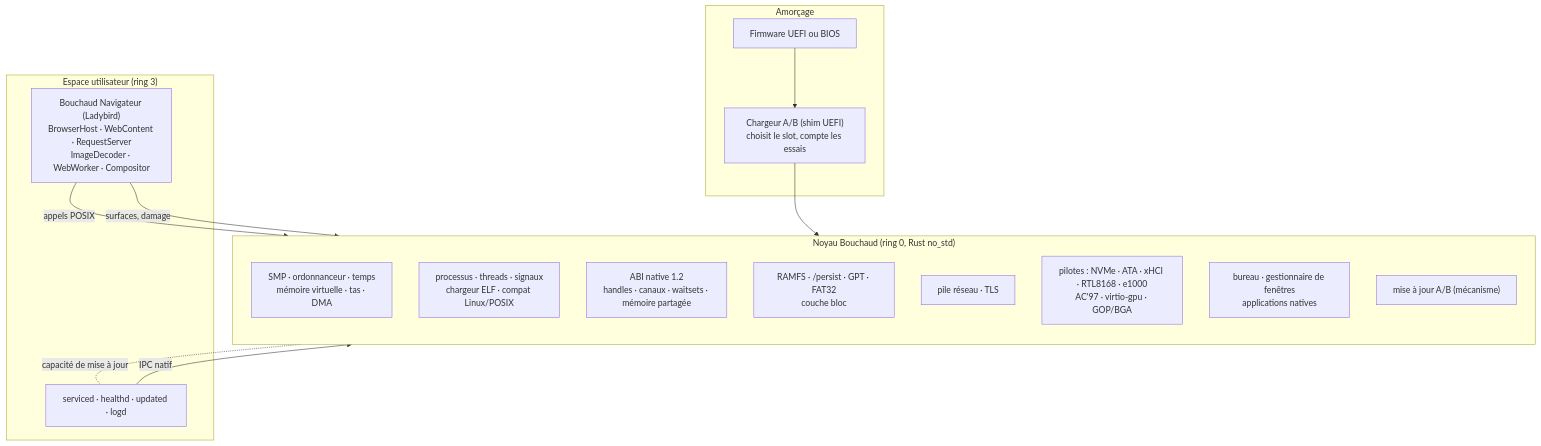
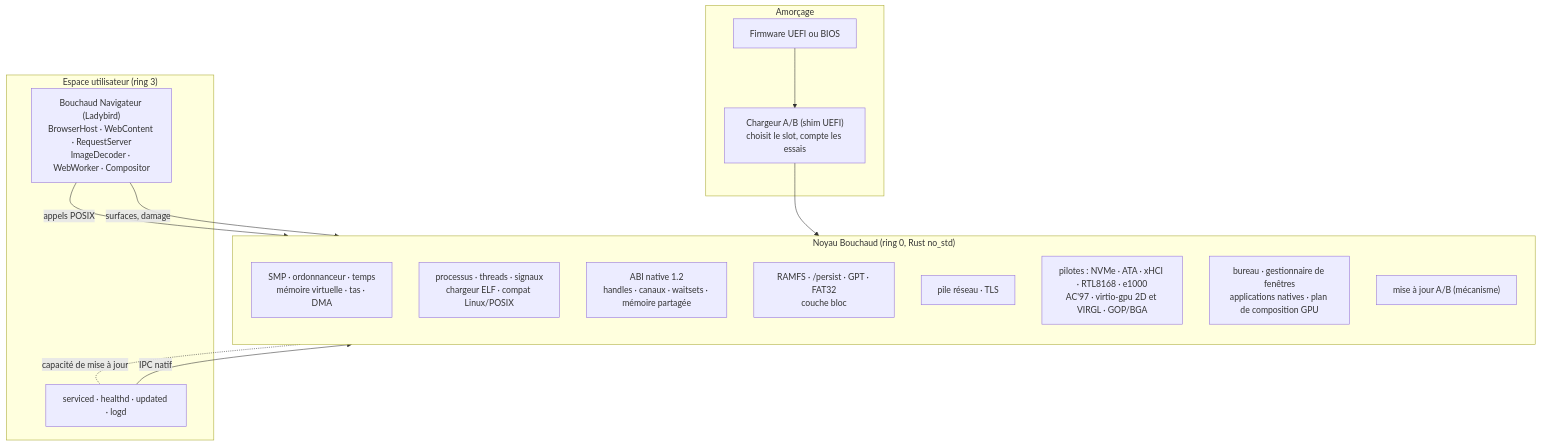
Before and after one commit to bcharthur/bouchaud-os: the diagram in README.md, drawn with Mermaid. The commit also changed other lines of this file and 10 other files, not shown here.

````diff
--- a/README.md
+++ b/README.md
@@ -117,29 +147,29 @@
 ```mermaid
 flowchart TB
     subgraph boot["Amorçage"]
         uefi["Firmware UEFI ou BIOS"] --> loader["Chargeur A/B (shim UEFI)<br/>choisit le slot, compte les essais"]
     end
 
     subgraph kernel["Noyau Bouchaud (ring 0, Rust no_std)"]
         direction TB
         core["SMP · ordonnanceur · temps<br/>mémoire virtuelle · tas · DMA"]
         proc["processus · threads · signaux<br/>chargeur ELF · compat Linux/POSIX"]
         abi["ABI native 1.2<br/>handles · canaux · waitsets · mémoire partagée"]
         fs["RAMFS · /persist · GPT · FAT32<br/>couche bloc"]
         net["pile réseau · TLS"]
-        drv["pilotes : NVMe · ATA · xHCI · RTL8168 · e1000<br/>AC'97 · virtio-gpu · GOP/BGA"]
-        gui["bureau · gestionnaire de fenêtres<br/>applications natives"]
+        drv["pilotes : NVMe · ATA · xHCI · RTL8168 · e1000<br/>AC'97 · virtio-gpu 2D et VIRGL · GOP/BGA"]
+        gui["bureau · gestionnaire de fenêtres<br/>applications natives · plan de composition GPU"]
         upd["mise à jour A/B (mécanisme)"]
     end
 
     subgraph user["Espace utilisateur (ring 3)"]
         services["serviced · healthd · updated · logd"]
         browser["Bouchaud Navigateur (Ladybird)<br/>BrowserHost · WebContent · RequestServer<br/>ImageDecoder · WebWorker · Compositor"]
     end
 
     loader --> kernel
     services -- "IPC natif" --> abi
     browser -- "appels POSIX" --> proc
     browser -- "surfaces, damage" --> gui
     upd -. "capacité de mise à jour" .- services
 ```
````
